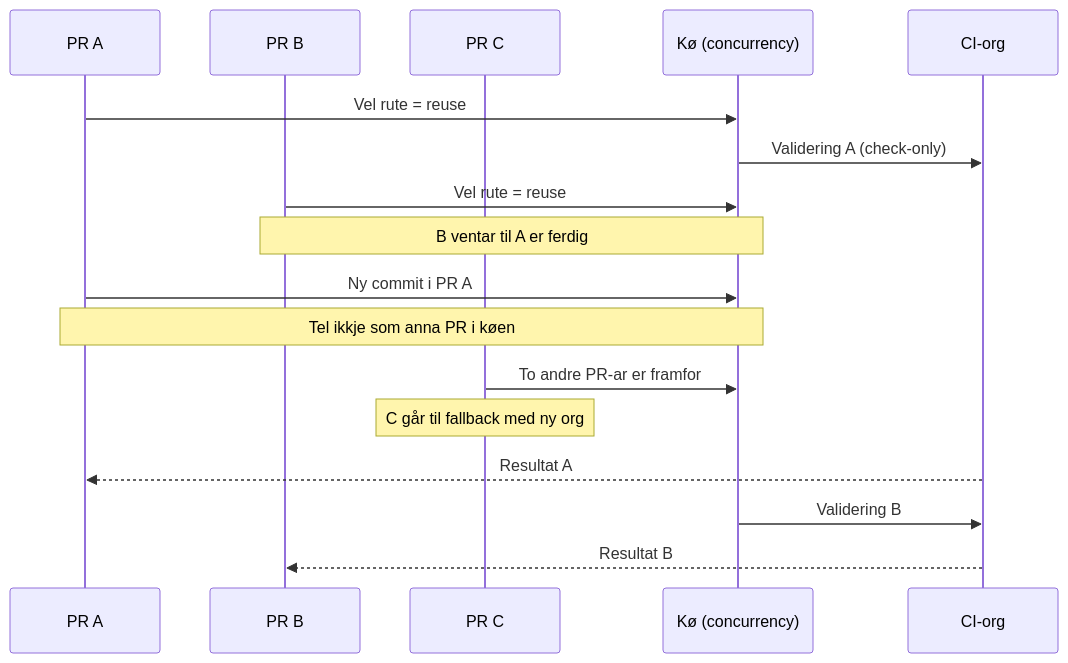
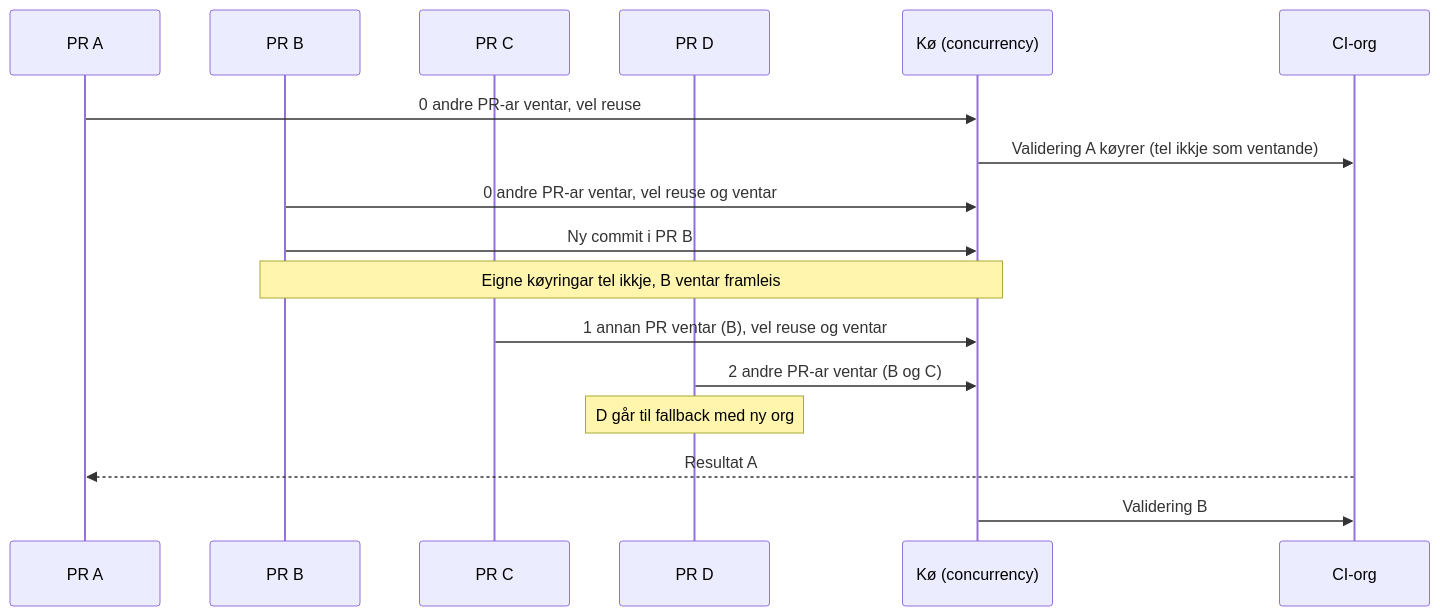
The third of 4 diagrams in .github/specs/reusable-scratch-org-pr-validation.md (navikt/crm-arbeidsforhold), drawn with Mermaid before and after one commit. The commit also changed other lines of this file, not shown here.

Commit message:
docs(ci): count only waiting runs from other PRs for queue fallback
Refs #1267

````diff
--- a/.github/specs/reusable-scratch-org-pr-validation.md
+++ b/.github/specs/reusable-scratch-org-pr-validation.md
@@ -94,19 +94,19 @@
 ```mermaid
 sequenceDiagram
-    participant PR1 as PR A
-    participant PR2 as PR B
-    participant PR3 as PR C
+    participant A as PR A
+    participant B as PR B
+    participant C as PR C
+    participant D as PR D
     participant Q as Kø (concurrency)
     participant ORG as CI-org
-    PR1->>Q: Vel rute = reuse
-    Q->>ORG: Validering A (check-only)
-    PR2->>Q: Vel rute = reuse
-    Note over PR2,Q: B ventar til A er ferdig
-    PR1->>Q: Ny commit i PR A
-    Note over PR1,Q: Tel ikkje som anna PR i køen
-    PR3->>Q: To andre PR-ar er framfor
-    Note over PR3: C går til fallback med ny org
-    ORG-->>PR1: Resultat A
+    A->>Q: 0 andre PR-ar ventar, vel reuse
+    Q->>ORG: Validering A køyrer (tel ikkje som ventande)
+    B->>Q: 0 andre PR-ar ventar, vel reuse og ventar
+    B->>Q: Ny commit i PR B
+    Note over B,Q: Eigne køyringar tel ikkje, B ventar framleis
+    C->>Q: 1 annan PR ventar (B), vel reuse og ventar
+    D->>Q: 2 andre PR-ar ventar (B og C)
+    Note over D: D går til fallback med ny org
+    ORG-->>A: Resultat A
     Q->>ORG: Validering B
-    ORG-->>PR2: Resultat B
 ```
````
